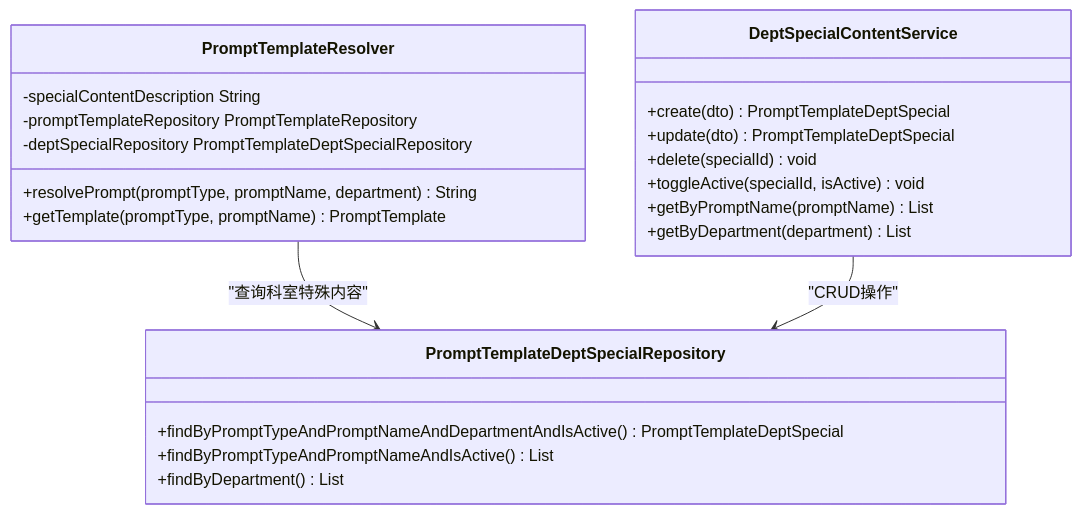
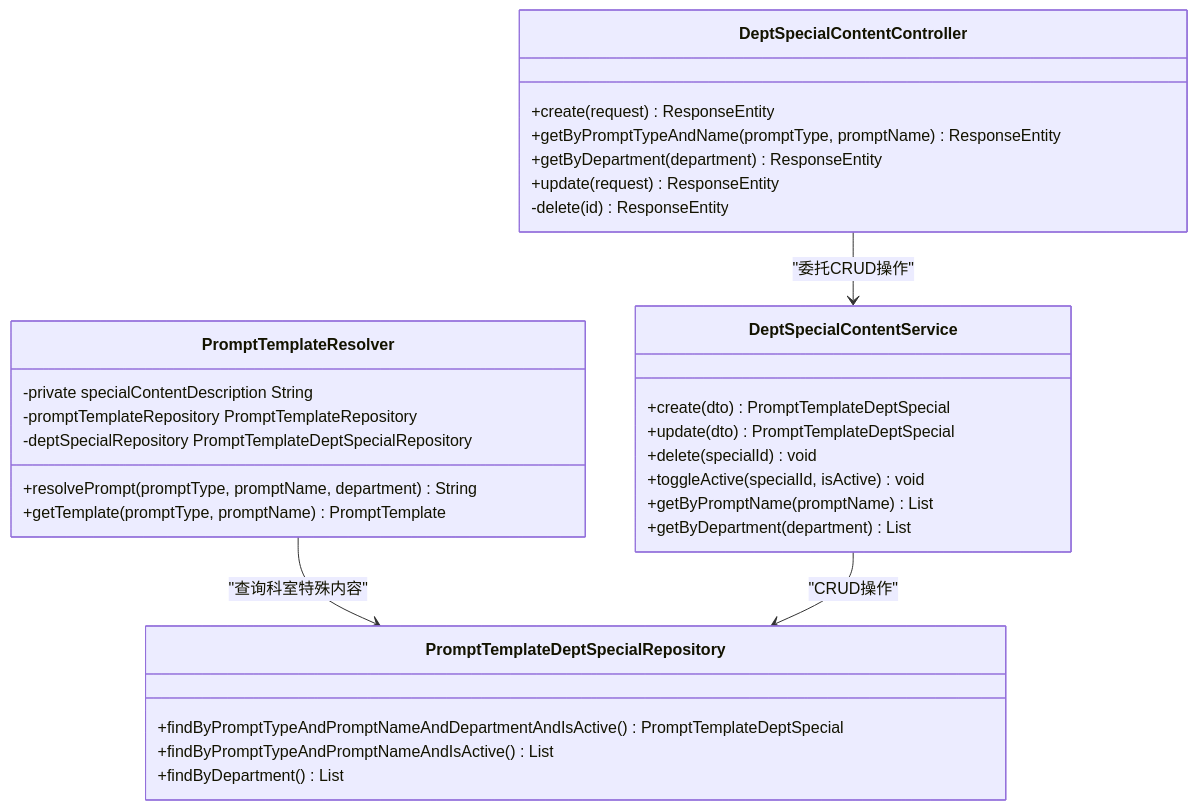
The first of 5 diagrams in .qoder/repowiki/zh/content/Development Environment Features/科室特殊内容解耦方案及TDD实施指南.md (liuzh2008/med_ai_assistant_workspace), drawn with Mermaid before and after one commit. The commit also changed other lines of this file and 9 other files, not shown here.

````diff
--- a/.qoder/repowiki/zh/content/Development Environment Features/科室特殊内容解耦方案及TDD实施指南.md
+++ b/.qoder/repowiki/zh/content/Development Environment Features/科室特殊内容解耦方案及TDD实施指南.md
@@ -70,25 +90,33 @@
 ```mermaid
 classDiagram
 class PromptTemplateResolver {
 +resolvePrompt(promptType, promptName, department) String
 +getTemplate(promptType, promptName) PromptTemplate
--specialContentDescription String
+-private specialContentDescription String
 -promptTemplateRepository PromptTemplateRepository
 -deptSpecialRepository PromptTemplateDeptSpecialRepository
 }
 class DeptSpecialContentService {
 +create(dto) PromptTemplateDeptSpecial
 +update(dto) PromptTemplateDeptSpecial
 +delete(specialId) void
 +toggleActive(specialId, isActive) void
 +getByPromptName(promptName) List
 +getByDepartment(department) List
 }
 class PromptTemplateDeptSpecialRepository {
 +findByPromptTypeAndPromptNameAndDepartmentAndIsActive() PromptTemplateDeptSpecial
 +findByPromptTypeAndPromptNameAndIsActive() List
 +findByDepartment() List
 }
+class DeptSpecialContentController {
++create(request) ResponseEntity
++getByPromptTypeAndName(promptType, promptName) ResponseEntity
++getByDepartment(department) ResponseEntity
++update(request) ResponseEntity
+-delete(id) ResponseEntity
+}
 PromptTemplateResolver --> PromptTemplateDeptSpecialRepository : "查询科室特殊内容"
 DeptSpecialContentService --> PromptTemplateDeptSpecialRepository : "CRUD操作"
+DeptSpecialContentController --> DeptSpecialContentService : "委托CRUD操作"
 ```
````
